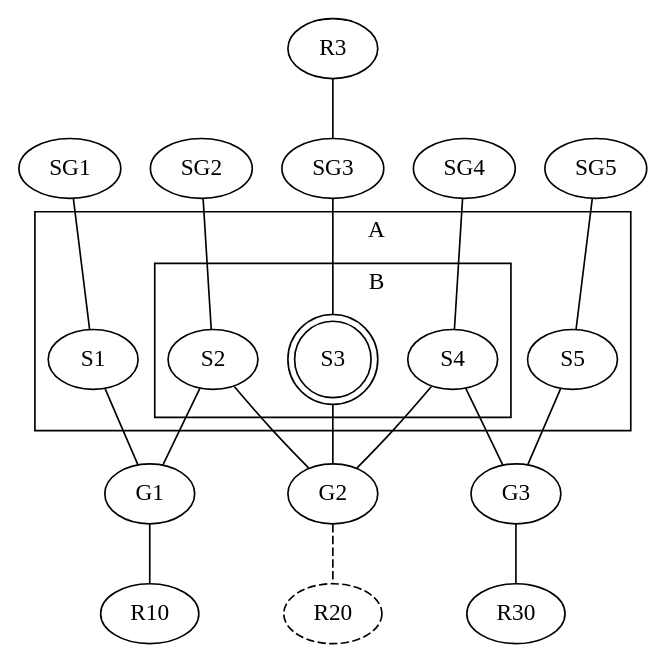
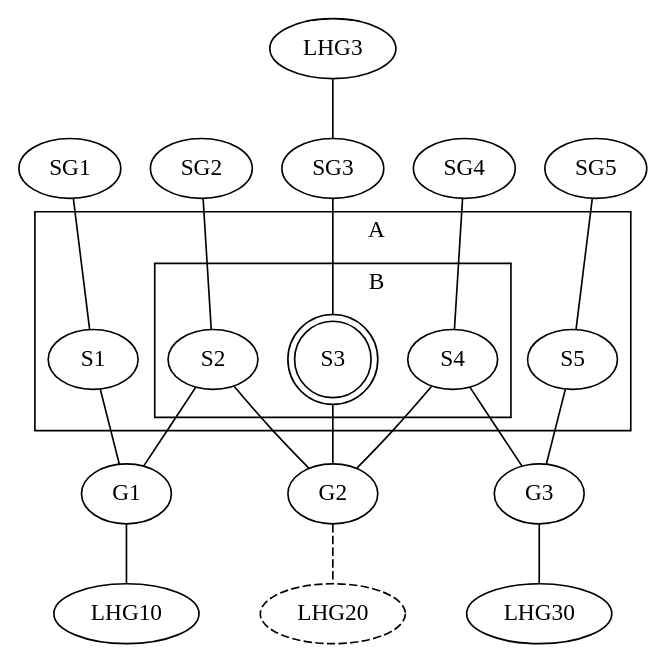
One commit to water/resources changed the diagram in report/fig/labgroup/strict_proof.dot. Above: the diagram before and after it, drawn with Graphviz. The commit also changed 21 other files, not shown here.

Commit message:
R --> LHG in labgroup diagrams

```diff
--- a/report/fig/labgroup/strict_proof.dot
+++ b/report/fig/labgroup/strict_proof.dot
@@ -1,46 +1,46 @@
 graph G {
   /* Startgroups and it's repos */
-  R3  -- SG3
+  LHG3  -- SG3
   SG1 -- S1
   SG2 -- S2
   SG3 -- S3
   SG4 -- S4
   SG5 -- S5
 
   /* Labgroups */
   S1 -- G1
   S2 -- G1
 
   S2 -- G2
   S3 -- G2
   S4 -- G2
 
   S4 -- G3
   S5 -- G3
   
   /* The sets A and B */
   subgraph cluster_A {
     S1
     S2
     S3
     S4
     S5
     label = "                A"
 
     subgraph cluster_B {
       S2
       S3
       S4
       label = "                B"
     }
   }
 
   /* Repos */
-  G1 -- R10
-  G2 -- R20 [style=dashed]
-  G3 -- R30
+  G1 -- LHG10
+  G2 -- LHG20 [style=dashed]
+  G3 -- LHG30
 
   /* Bonus properties */ 
   S3 [shape = doublecircle] 
-  R20 [style=dashed]
+  LHG20 [style=dashed]
 }
```
